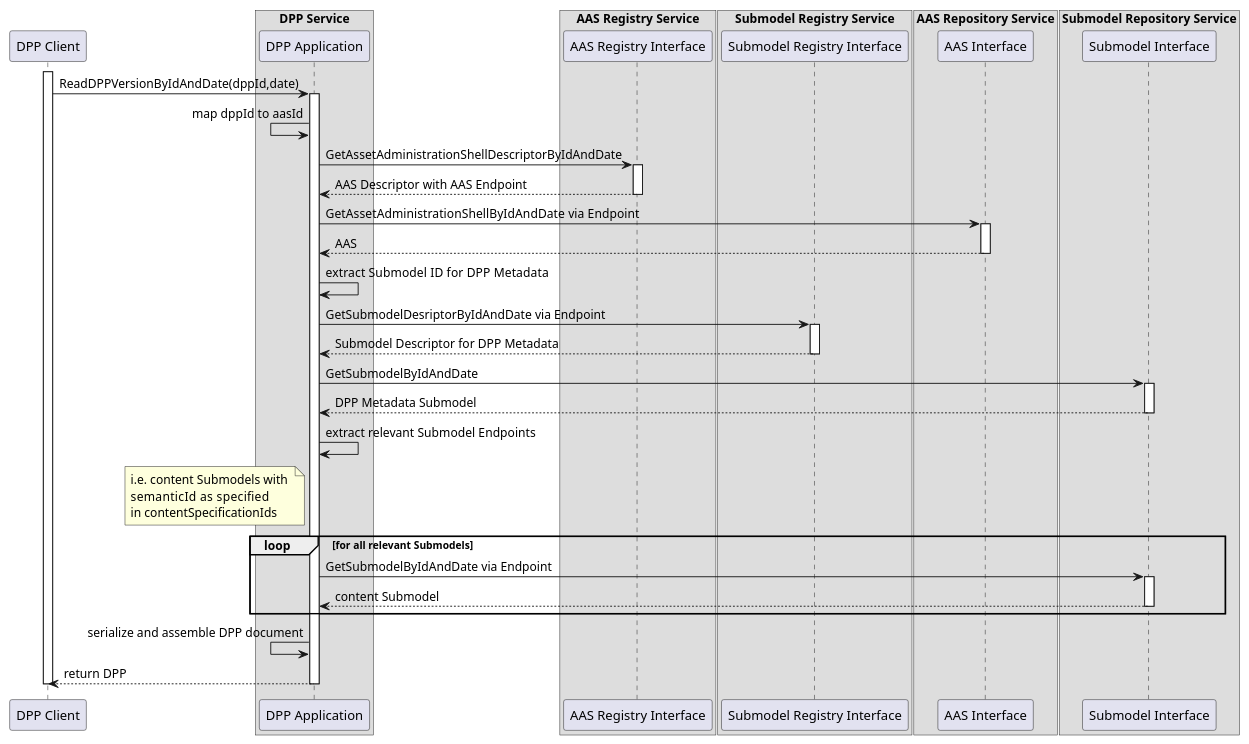
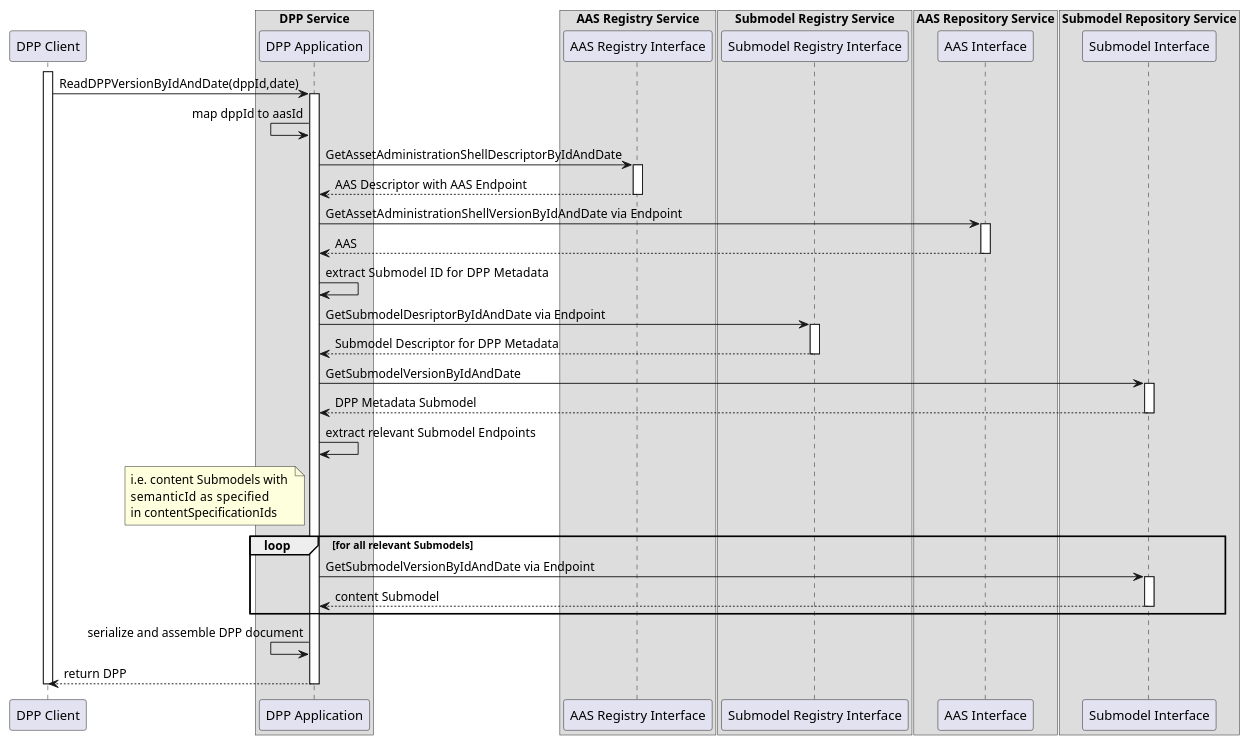
The diagram in documentation/IDTA-01002-3/modules/ROOT/partials/diagrams/seq-dpp-registry-history.puml (admin-shell-io/aas-specs-api), drawn with PlantUML before and after one commit. The commit also changed 3 other files, not shown here.

Commit message:
fix xref + fix naming, not recent-changes but history and GetSubmodelVersionByidAndDate and not GetSubmodelByidAndDate, same for AAS

```diff
--- a/documentation/IDTA-01002-3/modules/ROOT/partials/diagrams/seq-dpp-registry-history.puml
+++ b/documentation/IDTA-01002-3/modules/ROOT/partials/diagrams/seq-dpp-registry-history.puml
@@ -1,75 +1,75 @@
 @startuml
 
 participant DPPClient as "DPP Client"
 
 box "DPP Service"
 participant Client as "DPP Application"
 end box
 
 
 
 box "AAS Registry Service"
    participant AASRegistry as "AAS Registry Interface"
 end box
 
 box "Submodel Registry Service"
    participant SubmodelRegistry as "Submodel Registry Interface"
 end box
 
 box "AAS Repository Service"
   participant AASService as "AAS Interface"
 end box
 
 box "Submodel Repository Service"
   participant SMService as "Submodel Interface"
 end box
 
 activate DPPClient
 DPPClient -> Client : ReadDPPVersionByIdAndDate(dppId,date)
 
 activate Client
 Client <- Client : map dppId to aasId
 
 
 
 Client -> AASRegistry : GetAssetAdministrationShellDescriptorByIdAndDate
 activate AASRegistry
 Client <-- AASRegistry : AAS Descriptor with AAS Endpoint
 deactivate AASRegistry
-Client -> AASService : GetAssetAdministrationShellByIdAndDate  via Endpoint
+Client -> AASService : GetAssetAdministrationShellVersionByIdAndDate  via Endpoint
 activate AASService
 Client <-- AASService : AAS
 deactivate AASService
 
 Client -> Client : extract  Submodel ID for DPP Metadata
 
 
 Client -> SubmodelRegistry : GetSubmodelDesriptorByIdAndDate via Endpoint
 activate SubmodelRegistry
 Client <-- SubmodelRegistry : Submodel Descriptor for DPP Metadata
 deactivate SubmodelRegistry
 
-Client -> SMService : GetSubmodelByIdAndDate
+Client -> SMService : GetSubmodelVersionByIdAndDate
 activate SMService
 Client <-- SMService : DPP Metadata Submodel
 deactivate SMService
 
 Client -> Client : extract relevant Submodel Endpoints
 note left of Client
   i.e. content Submodels with 
   semanticId   as specified 
   in contentSpecificationIds
 end note
 loop for all relevant Submodels
-Client -> SMService : GetSubmodelByIdAndDate via Endpoint
+Client -> SMService : GetSubmodelVersionByIdAndDate via Endpoint
 activate SMService
 Client <-- SMService : content Submodel
 deactivate SMService
 end
 
 Client <- Client : serialize and assemble DPP document
 DPPClient <-- Client : return DPP
 deactivate Client
 deactivate DPPClient
 
 @enduml
```
